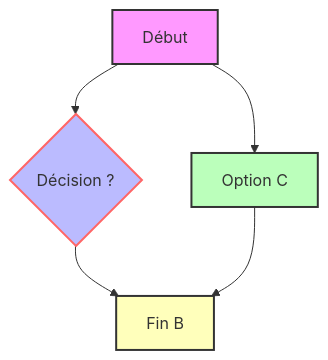
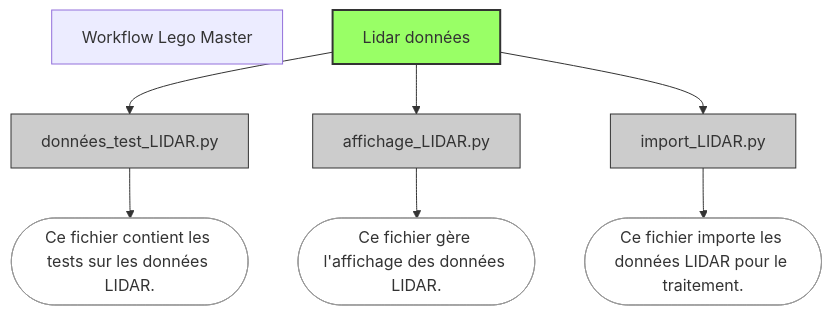
Before and after one commit to DanQue69/LEGO_Master: the diagram in Workflow.md, drawn with Mermaid.

````diff
--- a/Workflow.md
+++ b/Workflow.md
@@ -1,14 +1,28 @@
 ```mermaid
-  graph TD;
-      A[Début] --> B{Décision ?};
-      A --> C[Option C];
-      B --> D[Fin B];
-      C --> D;
-  
-      %% Styles
-      style A fill:#f9f,stroke:#333,stroke-width:2px
-      style B fill:#bbf,stroke:#f66,stroke-width:2px
-      style C fill:#bfb,stroke:#333,stroke-width:2px
-      style D fill:#ffb,stroke:#333,stroke-width:2px
+graph TD
+    title["Workflow Lego Master"]
+
+    A[Lidar données] --> B[données_test_LIDAR.py]
+    A --> C[affichage_LIDAR.py]
+    A --> D[import_LIDAR.py]
+
+    %% Notes explicatives
+    B_note(["Ce fichier contient les tests sur les données LIDAR."])
+    C_note(["Ce fichier gère l'affichage des données LIDAR."])
+    D_note(["Ce fichier importe les données LIDAR pour le traitement."])
+
+    B --> B_note
+    C --> C_note
+    D --> D_note
+
+    %% Styles des couleurs
+    style A fill:#9f6,stroke:#333,stroke-width:2px
+    style B fill:#ccc,stroke:#333,stroke-width:1px
+    style C fill:#ccc,stroke:#333,stroke-width:1px
+    style D fill:#ccc,stroke:#333,stroke-width:1px
+    style B_note fill:#fff,stroke:#999,stroke-width:1px
+    style C_note fill:#fff,stroke:#999,stroke-width:1px
+    style D_note fill:#fff,stroke:#999,stroke-width:1px
+
     
 ```
````
